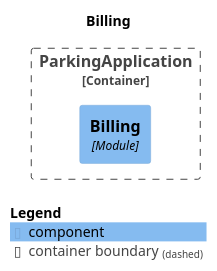
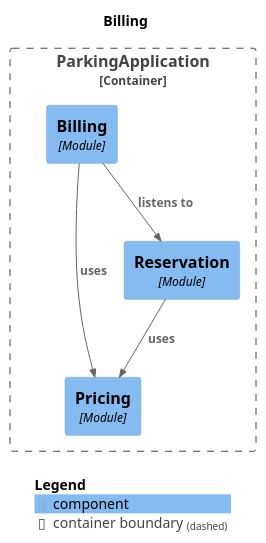
Before and after one commit to VladTZY/Erasmus-CarParking: the diagram in target/spring-modulith-docs/module-billing.puml, drawn with PlantUML. The commit also changed 28 other files, not shown here.

```diff
--- a/target/spring-modulith-docs/module-billing.puml
+++ b/target/spring-modulith-docs/module-billing.puml
@@ -1,17 +1,22 @@
 @startuml
 set separator none
 title Billing
 
 top to bottom direction
 
 !include <C4/C4>
 !include <C4/C4_Context>
 !include <C4/C4_Component>
 
 Container_Boundary("ParkingApplication.ParkingApplication_boundary", "ParkingApplication", $tags="") {
   Component(ParkingApplication.ParkingApplication.Billing, "Billing", $techn="Module", $descr="", $tags="", $link="")
+  Component(ParkingApplication.ParkingApplication.Pricing, "Pricing", $techn="Module", $descr="", $tags="", $link="")
+  Component(ParkingApplication.ParkingApplication.Reservation, "Reservation", $techn="Module", $descr="", $tags="", $link="")
 }
 
+Rel(ParkingApplication.ParkingApplication.Billing, ParkingApplication.ParkingApplication.Reservation, "listens to", $techn="", $tags="", $link="")
+Rel(ParkingApplication.ParkingApplication.Billing, ParkingApplication.ParkingApplication.Pricing, "uses", $techn="", $tags="", $link="")
+Rel(ParkingApplication.ParkingApplication.Reservation, ParkingApplication.ParkingApplication.Pricing, "uses", $techn="", $tags="", $link="")
 
 SHOW_LEGEND(true)
 @enduml
```
